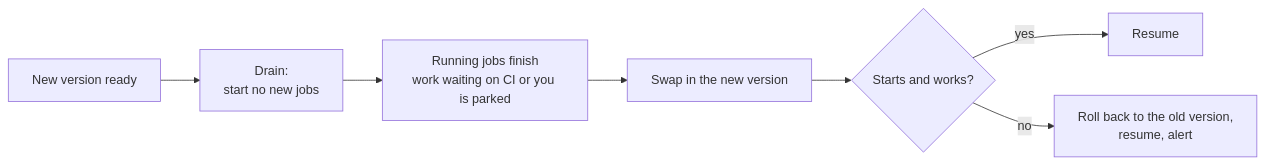
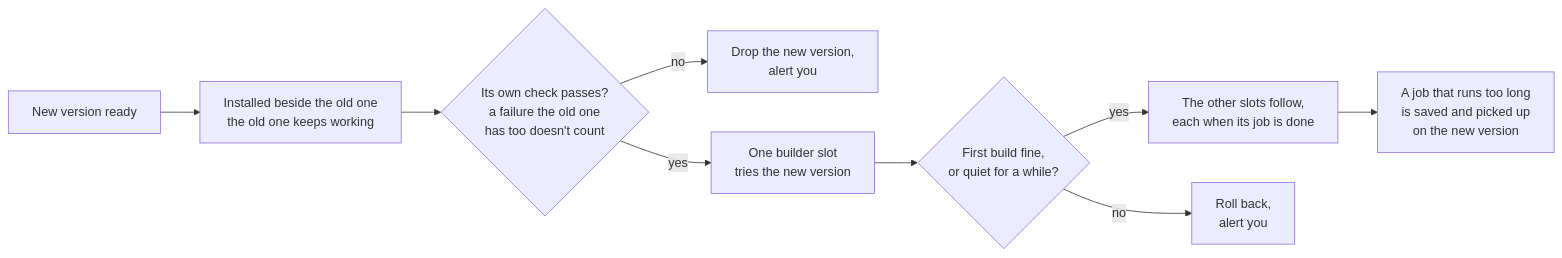
One commit to shinyredapples/intakt changed the fourth of 4 diagrams in docs/guide/the-engine-room.md. Above: the diagram before and after it, drawn with Mermaid. The commit also changed other lines of this file and 9 other files, not shown here.

````diff
--- a/docs/guide/the-engine-room.md
+++ b/docs/guide/the-engine-room.md
@@ -116,9 +116,11 @@
 ```mermaid
 flowchart LR
-  a[New version ready] --> b[Drain:<br/>start no new jobs]
-  b --> c[Running jobs finish<br/>work waiting on CI or you is parked]
-  c --> d[Swap in the new version]
-  d --> e{Starts and works?}
-  e -- yes --> f[Resume]
-  e -- no --> g[Roll back to the old version,<br/>resume, alert]
+  a[New version ready] --> b[Installed beside the old one<br/>the old one keeps working]
+  b --> c{Its own check passes?<br/>a failure the old one<br/>has too doesn't count}
+  c -- no --> g[Drop the new version,<br/>alert you]
+  c -- yes --> d[One builder slot<br/>tries the new version]
+  d --> e{First build fine,<br/>or quiet for a while?}
+  e -- yes --> f[The other slots follow,<br/>each when its job is done]
+  e -- no --> h[Roll back,<br/>alert you]
+  f --> i[A job that runs too long<br/>is saved and picked up<br/>on the new version]
 ```
````
